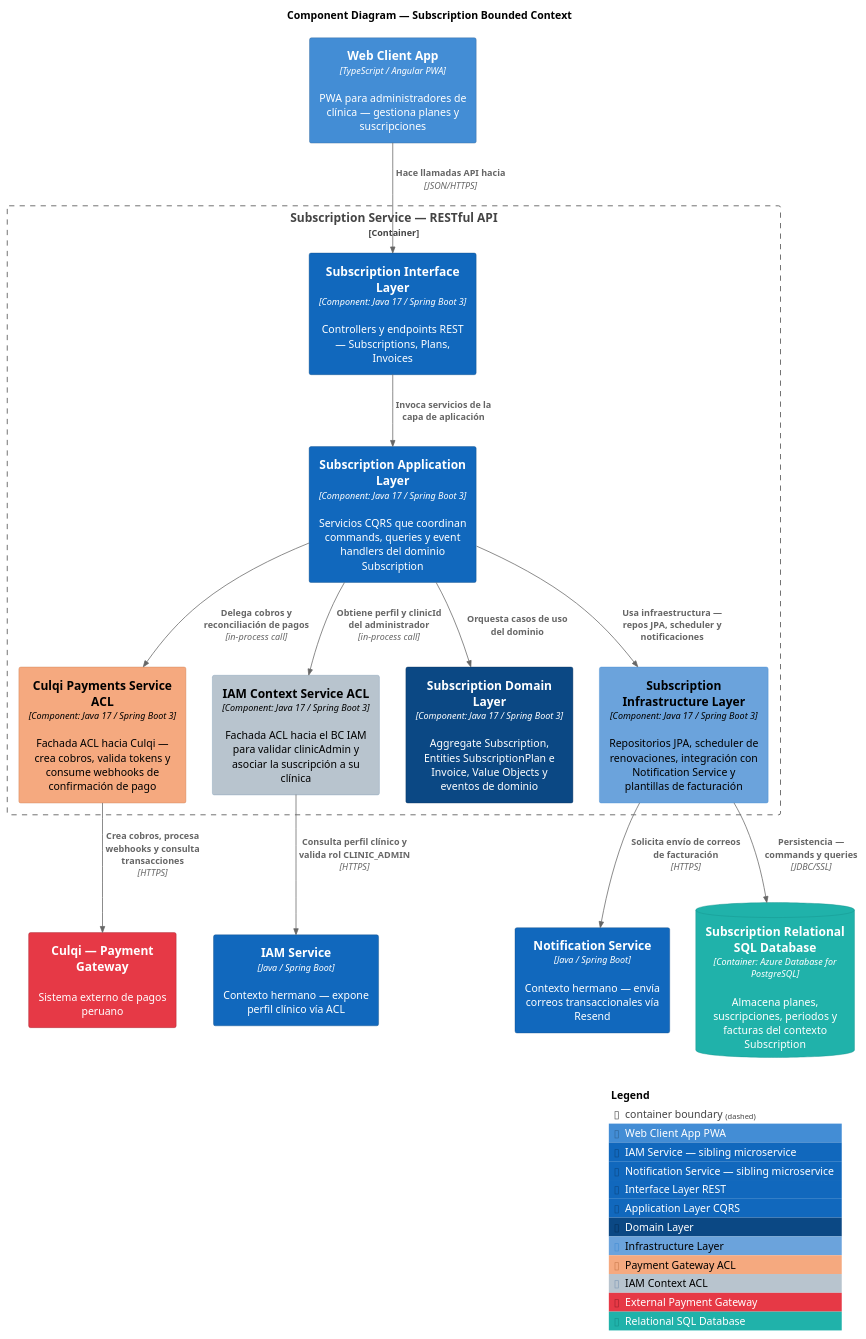
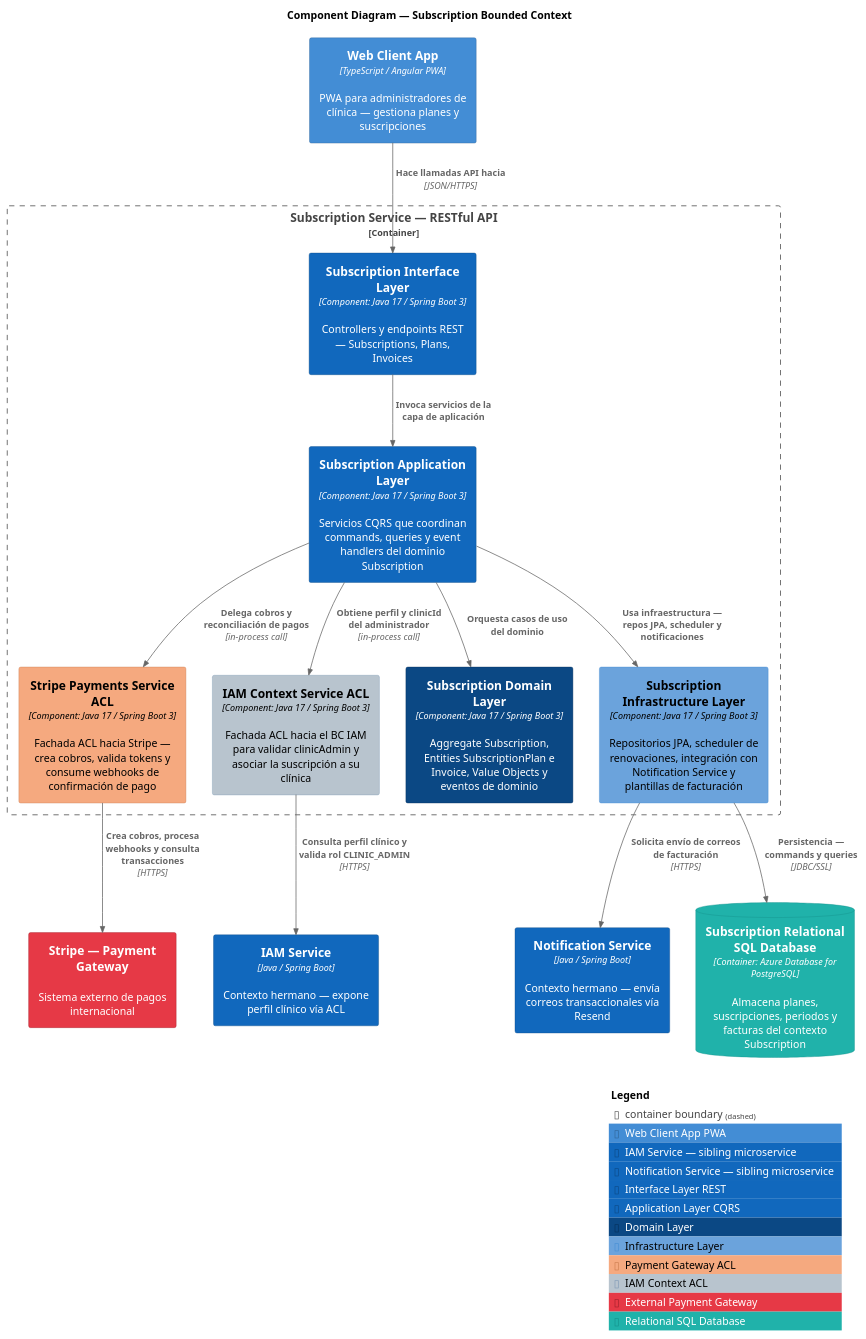
Before and after one commit to kiniot/uflex-project-report: the diagram in assets/diagrams/software-architecture/components/src/subscription-components-diagram.puml, drawn with PlantUML. The commit also changed 7 other files, not shown here.

First line of the commit message:
fix(architecture): replace Culqi with Stripe payment gateway

```diff
--- a/assets/diagrams/software-architecture/components/src/subscription-components-diagram.puml
+++ b/assets/diagrams/software-architecture/components/src/subscription-components-diagram.puml
@@ -1,74 +1,74 @@
 @startuml uflex-subscription-component
 !include https://raw.githubusercontent.com/plantuml-stdlib/C4-PlantUML/master/C4_Container.puml
 !include https://raw.githubusercontent.com/plantuml-stdlib/C4-PlantUML/master/C4_Component.puml
 
 ' Styling
 skinparam shadowing false
 skinparam defaultFontName Arial
 skinparam Handwritten false
 skinparam Padding 3
 skinparam wrapWidth 200
 skinparam nodesep 35
 skinparam ranksep 55
 
 ' ---- Tags ----
 AddContainerTag("webApp",         $bgColor="#438DD5", $fontColor="#ffffff", $borderColor="#2E6295", $legendText="Web Client App PWA")
 AddContainerTag("iamService",     $bgColor="#1168BD", $fontColor="#ffffff", $borderColor="#0B4884", $legendText="IAM Service — sibling microservice")
 AddContainerTag("notifService",   $bgColor="#1168BD", $fontColor="#ffffff", $borderColor="#0B4884", $legendText="Notification Service — sibling microservice")
 
 AddComponentTag("interface",      $bgColor="#1168BD", $fontColor="#ffffff", $borderColor="#0B4884", $legendText="Interface Layer REST")
 AddComponentTag("application",    $bgColor="#1168BD", $fontColor="#ffffff", $borderColor="#0B4884", $legendText="Application Layer CQRS")
 AddComponentTag("domain",         $bgColor="#0B4884", $fontColor="#ffffff", $borderColor="#062F5A", $legendText="Domain Layer")
 AddComponentTag("infrastructure", $bgColor="#6BA3DC", $fontColor="#000000", $borderColor="#438DD5", $legendText="Infrastructure Layer")
 AddComponentTag("aclPayment",     $bgColor="#F5A97F", $fontColor="#000000", $borderColor="#C87A4C", $legendText="Payment Gateway ACL")
 AddComponentTag("aclIam",         $bgColor="#B8C4CE", $fontColor="#000000", $borderColor="#7D98B5", $legendText="IAM Context ACL")
 
 AddSystemTag("externalPayment",   $bgColor="#E63946", $fontColor="#ffffff", $borderColor="#9B1E28", $legendText="External Payment Gateway")
 AddContainerTag("database",       $bgColor="#20B2AA", $fontColor="#ffffff", $borderColor="#148F89", $legendText="Relational SQL Database")
 
 title Component Diagram — Subscription Bounded Context
 
 ' =========================================================
 ' Client
 ' =========================================================
 Container(webApp, "Web Client App", "TypeScript / Angular PWA", "PWA para administradores de clínica — gestiona planes y suscripciones", $tags="webApp")
 
 ' =========================================================
 ' Subscription Service internal layers
 ' =========================================================
 Container_Boundary(subscriptionService, "Subscription Service — RESTful API") {
   Component(interfaceLayer,      "Subscription Interface Layer",       "Component: Java 17 / Spring Boot 3", "Controllers y endpoints REST — Subscriptions, Plans, Invoices", $tags="interface")
   Component(applicationLayer,    "Subscription Application Layer",     "Component: Java 17 / Spring Boot 3", "Servicios CQRS que coordinan commands, queries y event handlers del dominio Subscription", $tags="application")
-  Component(culqiAcl,            "Culqi Payments Service ACL",         "Component: Java 17 / Spring Boot 3", "Fachada ACL hacia Culqi — crea cobros, valida tokens y consume webhooks de confirmación de pago", $tags="aclPayment")
+  Component(stripeAcl,           "Stripe Payments Service ACL",        "Component: Java 17 / Spring Boot 3", "Fachada ACL hacia Stripe — crea cobros, valida tokens y consume webhooks de confirmación de pago", $tags="aclPayment")
   Component(iamAcl,              "IAM Context Service ACL",            "Component: Java 17 / Spring Boot 3", "Fachada ACL hacia el BC IAM para validar clinicAdmin y asociar la suscripción a su clínica", $tags="aclIam")
   Component(domainLayer,         "Subscription Domain Layer",          "Component: Java 17 / Spring Boot 3", "Aggregate Subscription, Entities SubscriptionPlan e Invoice, Value Objects y eventos de dominio", $tags="domain")
   Component(infrastructureLayer, "Subscription Infrastructure Layer",  "Component: Java 17 / Spring Boot 3", "Repositorios JPA, scheduler de renovaciones, integración con Notification Service y plantillas de facturación", $tags="infrastructure")
 }
 
 ' =========================================================
 ' External systems / sibling services / database
 ' =========================================================
-System_Ext(culqi,         "Culqi — Payment Gateway",       "Sistema externo de pagos peruano", $tags="externalPayment")
+System_Ext(stripe,        "Stripe — Payment Gateway",      "Sistema externo de pagos internacional", $tags="externalPayment")
 Container(iamService,     "IAM Service",                   "Java / Spring Boot",                "Contexto hermano — expone perfil clínico vía ACL", $tags="iamService")
 Container(notifService,   "Notification Service",          "Java / Spring Boot",                "Contexto hermano — envía correos transaccionales vía Resend", $tags="notifService")
 ContainerDb(subscriptionDB, "Subscription Relational SQL Database", "Container: Azure Database for PostgreSQL", "Almacena planes, suscripciones, periodos y facturas del contexto Subscription", $tags="database")
 
 ' =========================================================
 ' Relations — vertical flow
 ' =========================================================
 Rel(webApp, interfaceLayer, "Hace llamadas API hacia", "JSON/HTTPS")
 
 Rel(interfaceLayer, applicationLayer, "Invoca servicios de la capa de aplicación")
 
-Rel(applicationLayer, culqiAcl,            "Delega cobros y reconciliación de pagos", "in-process call")
+Rel(applicationLayer, stripeAcl,           "Delega cobros y reconciliación de pagos", "in-process call")
 Rel(applicationLayer, iamAcl,              "Obtiene perfil y clinicId del administrador", "in-process call")
 Rel(applicationLayer, domainLayer,         "Orquesta casos de uso del dominio")
 Rel(applicationLayer, infrastructureLayer, "Usa infraestructura — repos JPA, scheduler y notificaciones")
 
-Rel(culqiAcl,            culqi,        "Crea cobros, procesa webhooks y consulta transacciones", "HTTPS")
+Rel(stripeAcl,           stripe,       "Crea cobros, procesa webhooks y consulta transacciones", "HTTPS")
 Rel(iamAcl,              iamService,   "Consulta perfil clínico y valida rol CLINIC_ADMIN",      "HTTPS")
 Rel(infrastructureLayer, notifService, "Solicita envío de correos de facturación",                "HTTPS")
 Rel(infrastructureLayer, subscriptionDB, "Persistencia — commands y queries",                     "JDBC/SSL")
 
 SHOW_LEGEND()
 @enduml
```
